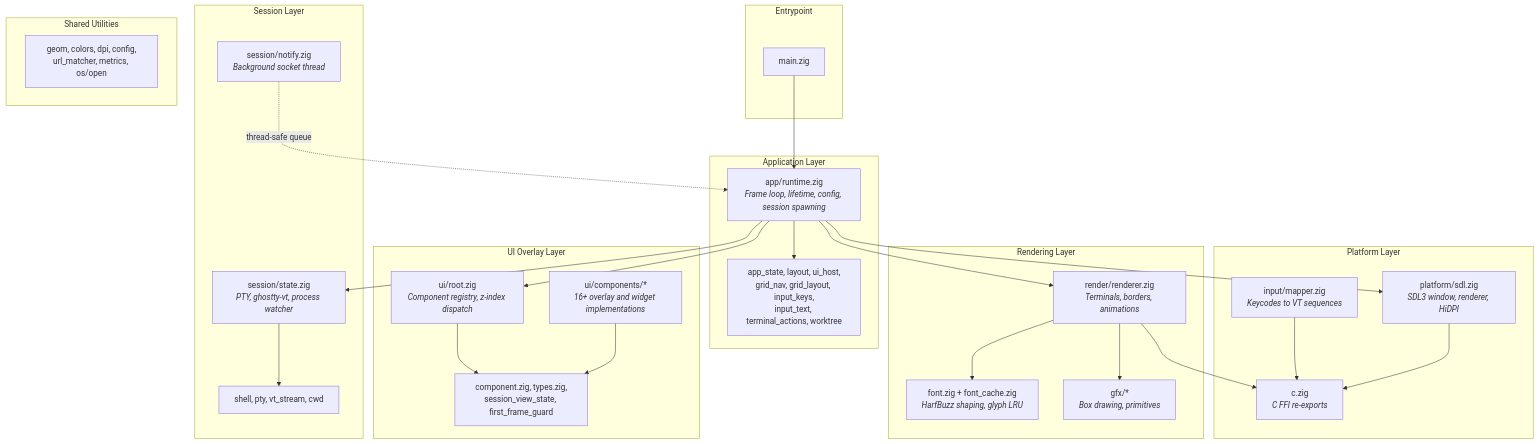
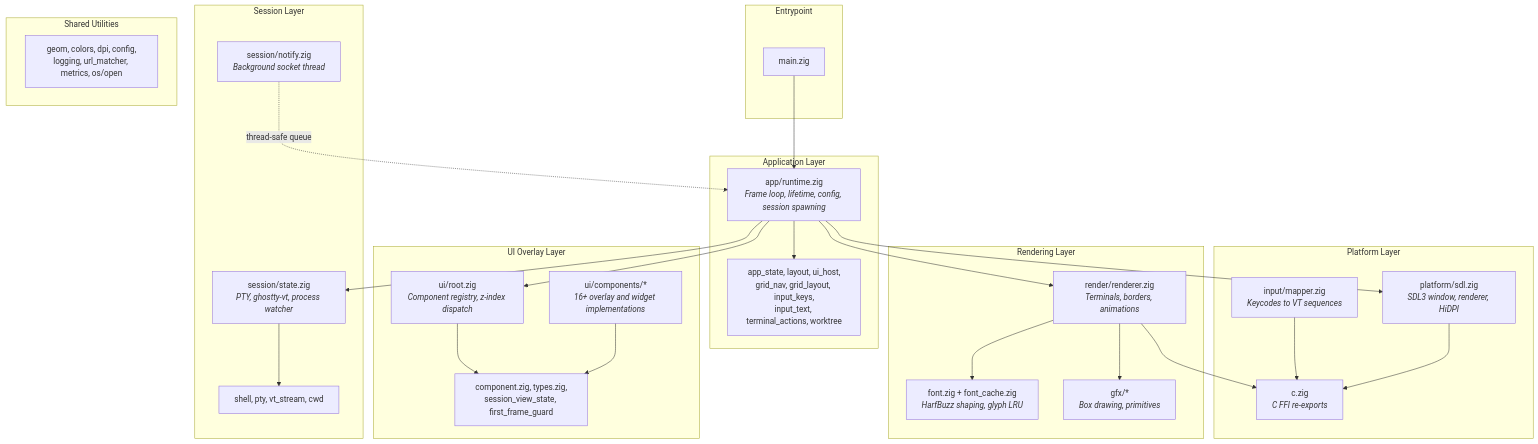
Before and after one commit to forketyfork/architect: the diagram in docs/ARCHITECTURE.md, drawn with Mermaid. The commit also changed other lines of this file and 6 other files, not shown here.

````diff
--- a/docs/ARCHITECTURE.md
+++ b/docs/ARCHITECTURE.md
@@ -9,55 +9,55 @@
 ```mermaid
 graph TD
     subgraph Entrypoint
         MAIN["main.zig"]
     end
 
     subgraph Application Layer
         RT["app/runtime.zig<br/><i>Frame loop, lifetime, config, session spawning</i>"]
         APP_MODS["app_state, layout, ui_host,<br/>grid_nav, grid_layout, input_keys,<br/>input_text, terminal_actions, worktree"]
     end
 
     subgraph Platform Layer
         SDL["platform/sdl.zig<br/><i>SDL3 window, renderer, HiDPI</i>"]
         IM["input/mapper.zig<br/><i>Keycodes to VT sequences</i>"]
         CZIG["c.zig<br/><i>C FFI re-exports</i>"]
     end
 
     subgraph Session Layer
         SS["session/state.zig<br/><i>PTY, ghostty-vt, process watcher</i>"]
         SN["session/notify.zig<br/><i>Background socket thread</i>"]
         SESSION_MODS["shell, pty, vt_stream, cwd"]
     end
 
     subgraph Rendering Layer
         REN["render/renderer.zig<br/><i>Terminals, borders, animations</i>"]
         FONT["font.zig + font_cache.zig<br/><i>HarfBuzz shaping, glyph LRU</i>"]
         GFX["gfx/*<br/><i>Box drawing, primitives</i>"]
     end
 
     subgraph UI Overlay Layer
         UR["ui/root.zig<br/><i>Component registry, z-index dispatch</i>"]
         UI_CORE["component.zig, types.zig,<br/>session_view_state, first_frame_guard"]
         COMPONENTS["ui/components/*<br/><i>16+ overlay and widget implementations</i>"]
     end
 
     subgraph Shared Utilities
-        SHARED["geom, colors, dpi, config,<br/>url_matcher, metrics, os/open"]
+        SHARED["geom, colors, dpi, config,<br/>logging, url_matcher, metrics, os/open"]
     end
 
     MAIN --> RT
     RT --> APP_MODS
     RT --> SDL
     RT --> SS
     RT --> REN
     RT --> UR
     SS --> SESSION_MODS
     SN -.->|"thread-safe queue"| RT
     REN --> FONT
     REN --> GFX
     UR --> UI_CORE
     COMPONENTS --> UI_CORE
     IM --> CZIG
     SDL --> CZIG
     REN --> CZIG
 ```
````
